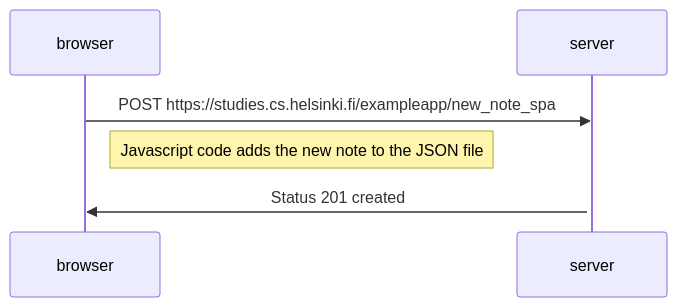
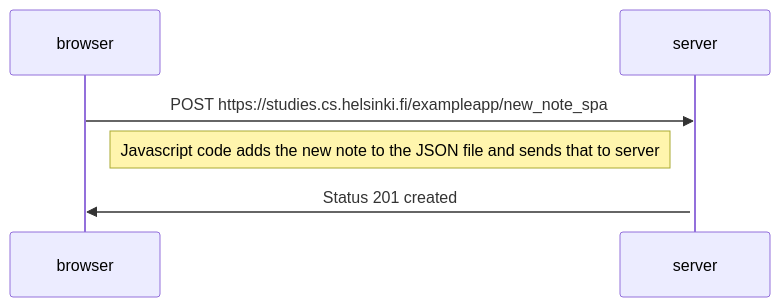
Before and after one commit to eerotu/fullstackpalautus: the diagram in 0/06.md, drawn with Mermaid. The commit also changed 26 other files, not shown here.

````diff
--- a/0/06.md
+++ b/0/06.md
@@ -1,11 +1,11 @@
 ```mermaid
 
 sequenceDiagram
     participant browser
     participant server
 
     browser->>server: POST https://studies.cs.helsinki.fi/exampleapp/new_note_spa
-    Note right of browser: Javascript code adds the new note to the JSON file
+    Note right of browser: Javascript code adds the new note to the JSON file and sends that to server
     activate server
     server->>browser: Status 201 created
 ```
````
